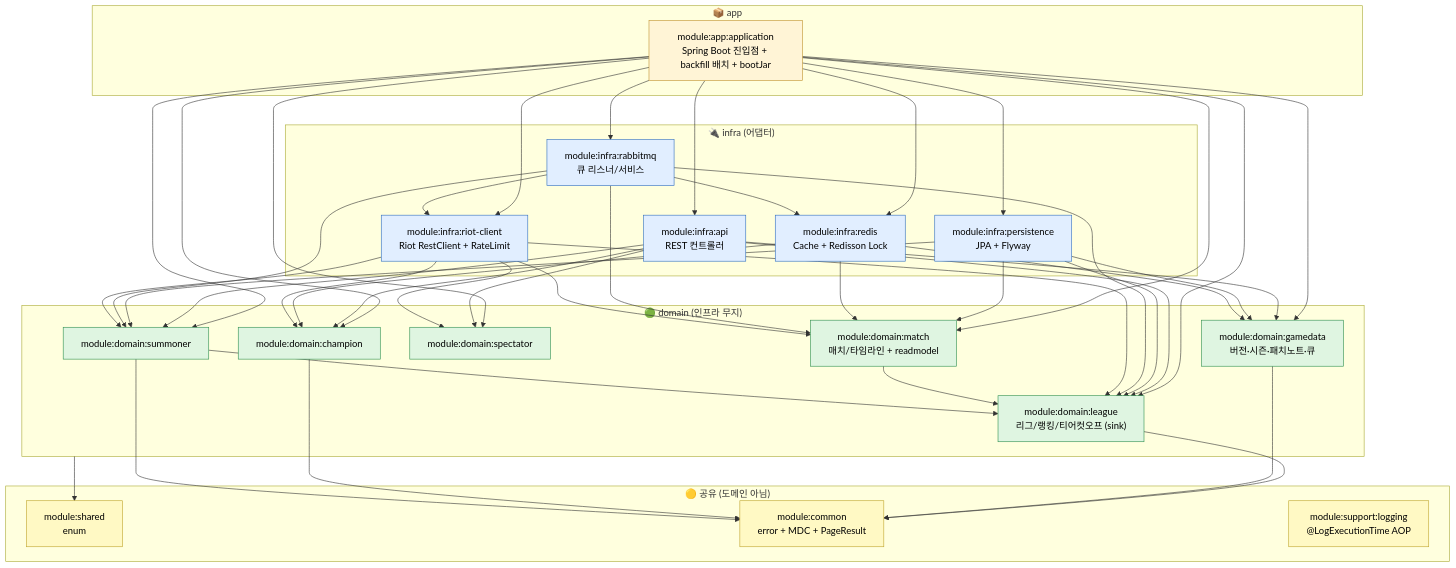
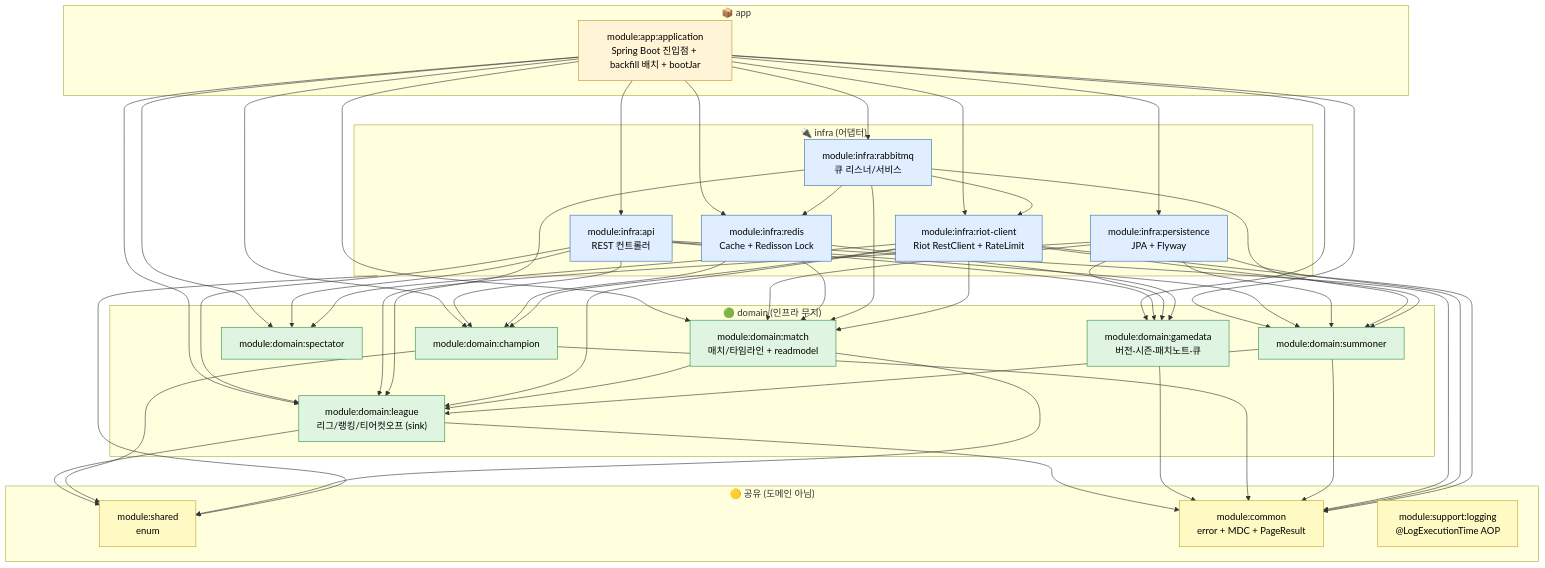
One commit to padosol/lol-repository changed the diagram in docs/ARCHITECTURE.md. Above: the diagram before and after it, drawn with Mermaid. The commit also changed 5 other files, not shown here.

````diff
--- a/docs/ARCHITECTURE.md
+++ b/docs/ARCHITECTURE.md
@@ -14,55 +14,57 @@
 ```mermaid
 flowchart TB
     subgraph app["📦 app"]
       application["module:app:application<br/>Spring Boot 진입점 + backfill 배치 + bootJar"]
     end
 
     subgraph domain["🟢 domain (인프라 무지)"]
       league["module:domain:league<br/>리그/랭킹/티어컷오프 (sink)"]
       gamedata["module:domain:gamedata<br/>버전·시즌·패치노트·큐"]
       champion["module:domain:champion"]
       spectator["module:domain:spectator"]
       match["module:domain:match<br/>매치/타임라인 + readmodel"]
       summoner["module:domain:summoner"]
     end
 
     subgraph shared["🟡 공유 (도메인 아님)"]
       sharedM["module:shared<br/>enum"]
       common["module:common<br/>error + MDC + PageResult"]
       logging["module:support:logging<br/>@LogExecutionTime AOP"]
     end
 
     subgraph infra["🔌 infra (어댑터)"]
       api["module:infra:api<br/>REST 컨트롤러"]
       pg["module:infra:persistence<br/>JPA + Flyway"]
       redis["module:infra:redis<br/>Cache + Redisson Lock"]
       rabbit["module:infra:rabbitmq<br/>큐 리스너/서비스"]
       riot["module:infra:riot-client<br/>Riot RestClient + RateLimit"]
     end
 
     application --> api & pg & redis & rabbit & riot
     application --> league & gamedata & champion & spectator & match & summoner
 
     api --> league & gamedata & champion & spectator & summoner
     pg --> league & gamedata & match & summoner
     redis --> gamedata & champion & match
     rabbit --> league & match & summoner
     riot --> league & champion & spectator & match & summoner
 
     match --> league
     summoner --> league
 
-    domain --> sharedM
+    league & champion & match --> sharedM
+    infra --> sharedM
     league & gamedata & champion & summoner --> common
+    api & pg & riot --> common
 
     rabbit --> redis & riot
 
     classDef d fill:#dff5e1,stroke:#2d8f4f,color:#000
     classDef i fill:#e1eeff,stroke:#2d6cbf,color:#000
     classDef a fill:#fff4d6,stroke:#bf922d,color:#000
     classDef s fill:#fff9c4,stroke:#bfa52d,color:#000
     class league,gamedata,champion,spectator,match,summoner d
     class api,pg,redis,rabbit,riot i
     class application a
     class sharedM,common,logging s
 ```
````
